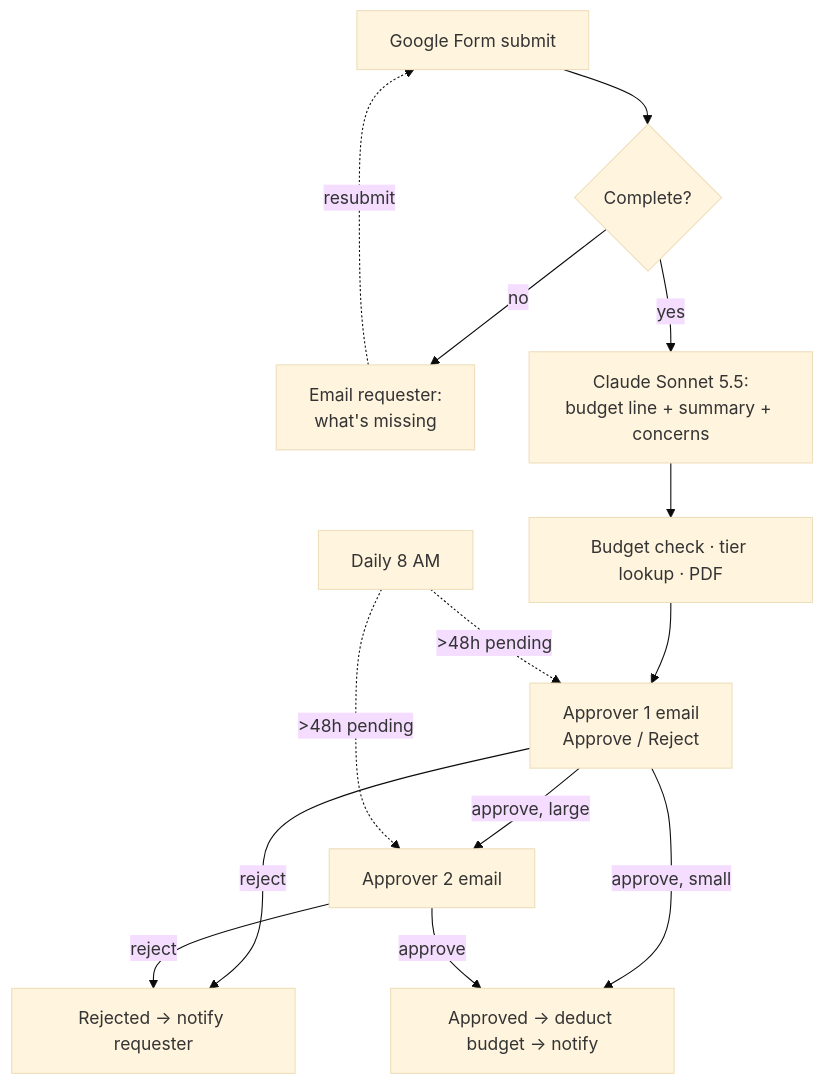
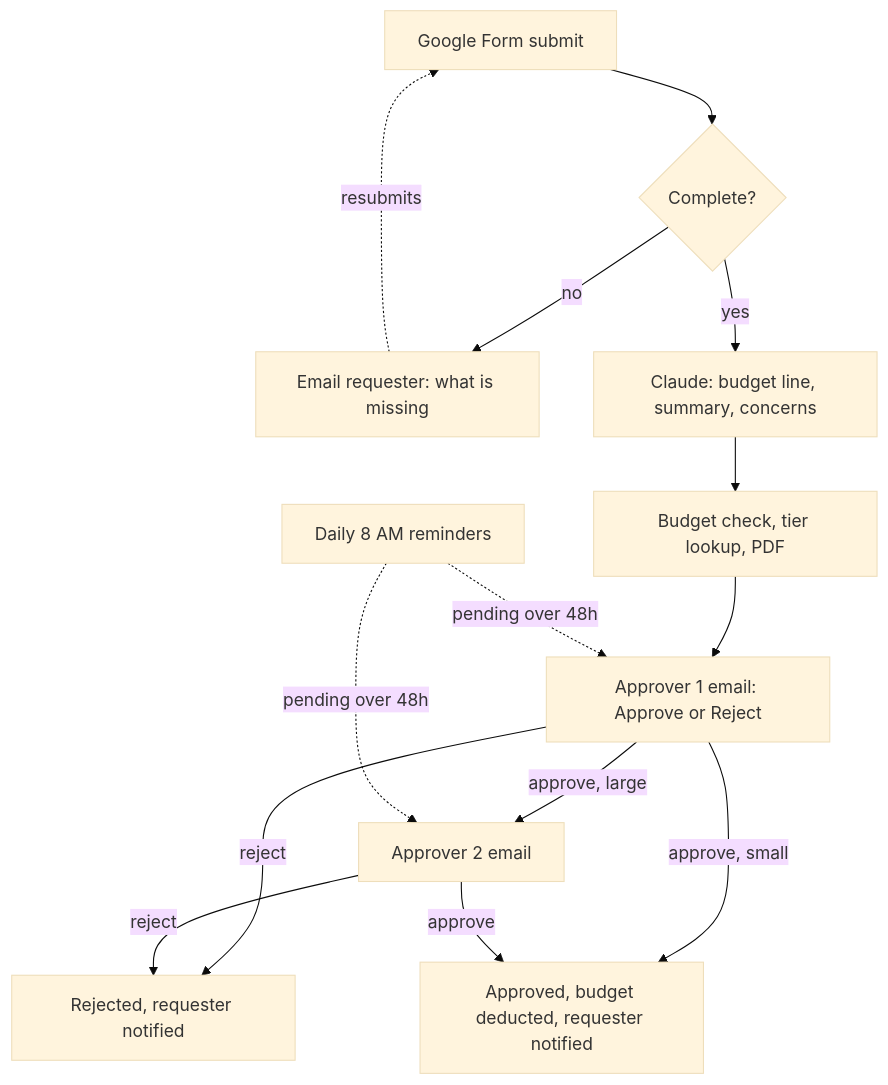
Before and after one commit to cmishler96/ai-purchase-approval-agent: the diagram in README.md, drawn with Mermaid (base theme).

Commit message:
Fix approval flow diagram rendering

````diff
--- a/README.md
+++ b/README.md
@@ -35,14 +35,16 @@
 ```mermaid
 flowchart TD
     A[Google Form submit] --> B{Complete?}
-    B -->|no| C[Email requester:<br/>what's missing] -.resubmit.-> A
-    B -->|yes| D[Claude Sonnet 5.5:<br/>budget line + summary + concerns]
-    D --> E[Budget check · tier lookup · PDF]
-    E --> F[Approver 1 email<br/>Approve / Reject]
-    F -->|reject| R[Rejected → notify requester]
-    F -->|approve, small| OK[Approved → deduct budget → notify]
-    F -->|approve, large| G[Approver 2 email]
-    G -->|approve| OK
-    G -->|reject| R
-    H[Daily 8 AM] -.>48h pending.-> F & G
+    B -- no --> C[Email requester: what is missing]
+    C -. resubmits .-> A
+    B -- yes --> D[Claude: budget line, summary, concerns]
+    D --> E[Budget check, tier lookup, PDF]
+    E --> F[Approver 1 email: Approve or Reject]
+    F -- reject --> R[Rejected, requester notified]
+    F -- approve, small --> OK[Approved, budget deducted, requester notified]
+    F -- approve, large --> G[Approver 2 email]
+    G -- approve --> OK
+    G -- reject --> R
+    H[Daily 8 AM reminders] -. pending over 48h .-> F
+    H -. pending over 48h .-> G
 ```
````
